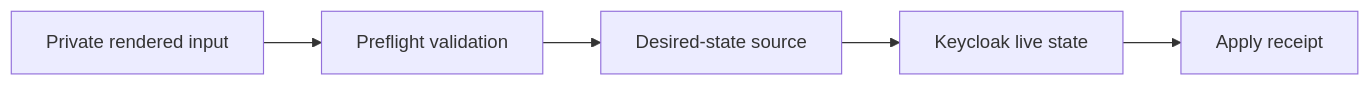
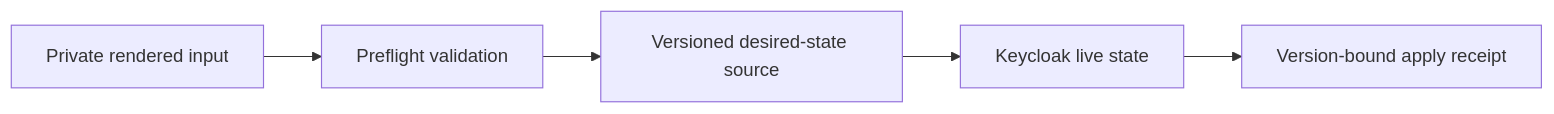
One commit to ContextualWisdomLab/keyverse changed the second of 2 diagrams in docs/ERD.md. Above: the diagram before and after it, drawn with Mermaid. The commit also changed other lines of this file, not shown here.

Commit message:
docs: define tenant and receipt identity constraints

````diff
--- a/docs/ERD.md
+++ b/docs/ERD.md
@@ -142,13 +165,13 @@
 ```mermaid
 flowchart LR
     PRIVATE[Private rendered input]
     VALID[Preflight validation]
-    INTENT[Desired-state source]
+    INTENT[Versioned desired-state source]
     REMOTE[Keycloak live state]
-    RECEIPT[Apply receipt]
+    RECEIPT[Version-bound apply receipt]
 
     PRIVATE --> VALID
     VALID --> INTENT
     INTENT --> REMOTE
     REMOTE --> RECEIPT
 ```
````
